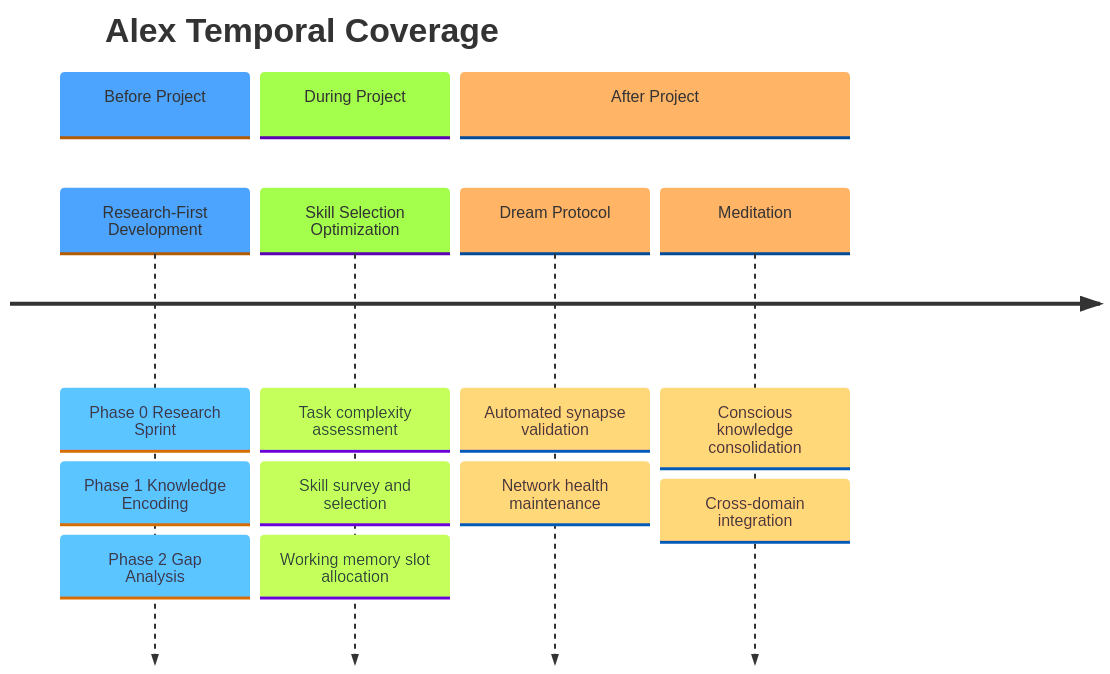
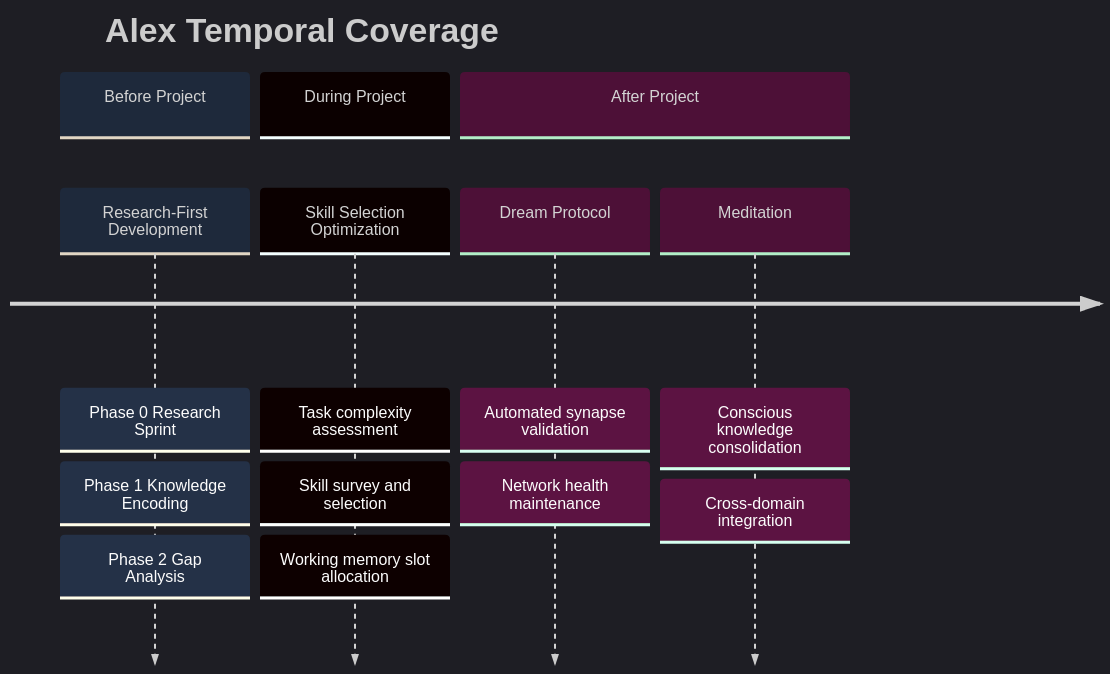
One commit to fabioc-aloha/Alex_Plug_In changed the fourth of 4 diagrams in alex_docs/architecture/RESEARCH-FIRST-DEVELOPMENT.md. Above: the diagram before and after it, drawn with Mermaid. The commit also changed other lines of this file and 13 other files, not shown here.

Commit message:
brand(M4.8-4.10): mermaid theme snippet + inject CorreaX theme into arch diagrams + standardize badge colors

````diff
--- a/alex_docs/architecture/RESEARCH-FIRST-DEVELOPMENT.md
+++ b/alex_docs/architecture/RESEARCH-FIRST-DEVELOPMENT.md
@@ -372,18 +309,12 @@
 ```mermaid
-%%{init: {'theme': 'base', 'themeVariables': {
-  'primaryColor': '#cce5ff',
-  'primaryTextColor': '#333',
-  'primaryBorderColor': '#57606a',
-  'lineColor': '#57606a',
-  'fontFamily': 'ui-sans-serif, system-ui, sans-serif'
-}}}%%
+%%{init: {'theme': 'dark', 'themeVariables': {'background': '#0f172a', 'primaryColor': '#1e293b', 'primaryTextColor': '#f1f5f9', 'primaryBorderColor': '#818cf8', 'lineColor': '#475569', 'secondaryColor': '#1e293b', 'secondaryBorderColor': '#2dd4bf', 'tertiaryColor': '#1e293b', 'fontFamily': 'Segoe UI, system-ui, sans-serif'}}}%%
 timeline
     title Alex Temporal Coverage
     section Before Project
         Research-First Development : Phase 0 Research Sprint : Phase 1 Knowledge Encoding : Phase 2 Gap Analysis
     section During Project
         Skill Selection Optimization : Task complexity assessment : Skill survey and selection : Working memory slot allocation
     section After Project
         Dream Protocol : Automated synapse validation : Network health maintenance
         Meditation : Conscious knowledge consolidation : Cross-domain integration
 ```
````
